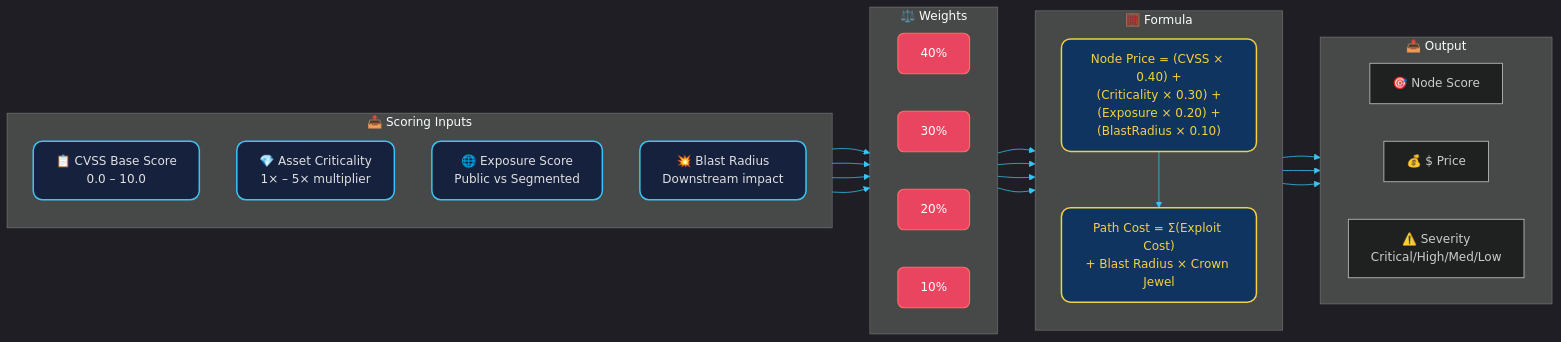
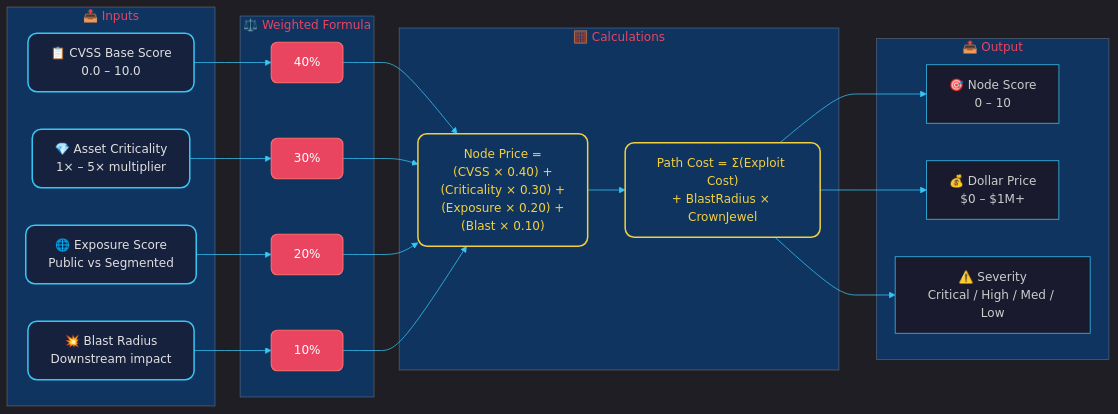
Before and after one commit to soumyachk101/Drishti-Innofusion: the ninth of 14 diagrams in README.md, drawn with Mermaid. The commit also changed other lines of this file, not shown here.

First line of the commit message:
docs: expand README with comprehensive workflows, sequence diagrams, and enhanced docs

````diff
--- a/README.md
+++ b/README.md
@@ -503,44 +515,41 @@
 ```mermaid
-%%{init: {'theme': 'dark', 'themeVariables': { 'primaryColor': '#1a1a2e', 'edgeLabelBackground':'#16213e', 'tertiaryColor': '#0f3460', 'primaryTextColor': '#e0e0e0', 'lineColor': '#38c6f4', 'secondaryColor': '#1a1a2e', 'tertiaryColor': '#0f3460'}}}%%
+%%{init: {'theme': 'dark', 'themeVariables': { 'primaryColor': '#1a1a2e', 'primaryTextColor': '#e0e0e0', 'primaryBorderColor': '#38c6f4', 'lineColor': '#38c6f4', 'secondaryColor': '#16213e', 'tertiaryColor': '#0f3460', 'background': '#0a0a1a', 'mainBkg': '#1a1a2e', 'nodeBorder': '#38c6f4', 'clusterBkg': '#0f3460', 'titleColor': '#e94560', 'edgeLabelBackground': '#16213e'}}}%%
 flowchart LR
- classDef factor fill:#16213e,stroke:#38c6f4,stroke-width:2px,color:#e0e0e0,rx:12
+ classDef input fill:#16213e,stroke:#38c6f4,stroke-width:2px,color:#e0e0e0,rx:12
  classDef weight fill:#e94560,stroke:#ff6b6b,stroke-width:1.5px,color:#fff,rx:8
- classDef formula fill:#0f3460,stroke:#f4d03f,stroke-width:2px,color:#f4d03f,rx:12
+ classDef calc fill:#0f3460,stroke:#f4d03f,stroke-width:2px,color:#f4d03f,rx:12
+ classDef out fill:#16213e,stroke:#38c6f4,stroke-width:2px,color:#e0e0e0,rx:10
 
- subgraph INPUTS [📥 Scoring Inputs]
- direction TB
- F1["📋 CVSS Base Score<br/>0.0 – 10.0"]:::factor
- F2["💎 Asset Criticality<br/>1× – 5× multiplier"]:::factor
- F3["🌐 Exposure Score<br/>Public vs Segmented"]:::factor
- F4["💥 Blast Radius<br/>Downstream impact"]:::factor
+ subgraph INPUTS ["📥 Inputs"]
+ F1["📋 CVSS Base Score<br/>0.0 – 10.0"]:::input
+ F2["💎 Asset Criticality<br/>1× – 5× multiplier"]:::input
+ F3["🌐 Exposure Score<br/>Public vs Segmented"]:::input
+ F4["💥 Blast Radius<br/>Downstream impact"]:::input
  end
 
- subgraph WEIGHTS [⚖️ Weights]
- direction LR
+ subgraph WEIGHTS ["⚖️ Weighted Formula"]
  W1["40%"]:::weight
  W2["30%"]:::weight
  W3["20%"]:::weight
  W4["10%"]:::weight
  end
 
- subgraph CALC [🧮 Formula]
- direction TB
- FORMULA["Node Price = (CVSS × 0.40) +<br/>(Criticality × 0.30) +<br/>(Exposure × 0.20) +<br/>(BlastRadius × 0.10)"]:::formula
- PATH_COST["Path Cost = Σ(Exploit Cost)<br/>+ Blast Radius × Crown Jewel"]:::formula
+ subgraph FORMULAS ["🧮 Calculations"]
+ NODE["Node Price =<br/>(CVSS × 0.40) +<br/>(Criticality × 0.30) +<br/>(Exposure × 0.20) +<br/>(Blast × 0.10)"]:::calc
+ PATH["Path Cost = Σ(Exploit Cost)<br/>+ BlastRadius × CrownJewel"]:::calc
  end
 
- subgraph OUTPUT [📤 Output]
- direction LR
- O1["🎯 Node Score"]
- O2["💰 $ Price"]
- O3["⚠️ Severity<br/>Critical/High/Med/Low"]
+ subgraph OUTPUT ["📤 Output"]
+ O1["🎯 Node Score<br/>0 – 10"]
+ O2["💰 Dollar Price<br/>$0 – $1M+"]
+ O3["⚠️ Severity<br/>Critical / High / Med / Low"]
  end
 
  F1 --> W1
  F2 --> W2
  F3 --> W3
  F4 --> W4
- W1 & W2 & W3 & W4 --> FORMULA
- FORMULA --> PATH_COST
- PATH_COST --> O1 & O2 & O3
+ W1 & W2 & W3 & W4 --> NODE
+ NODE --> PATH
+ PATH --> O1 & O2 & O3
 ```
````
